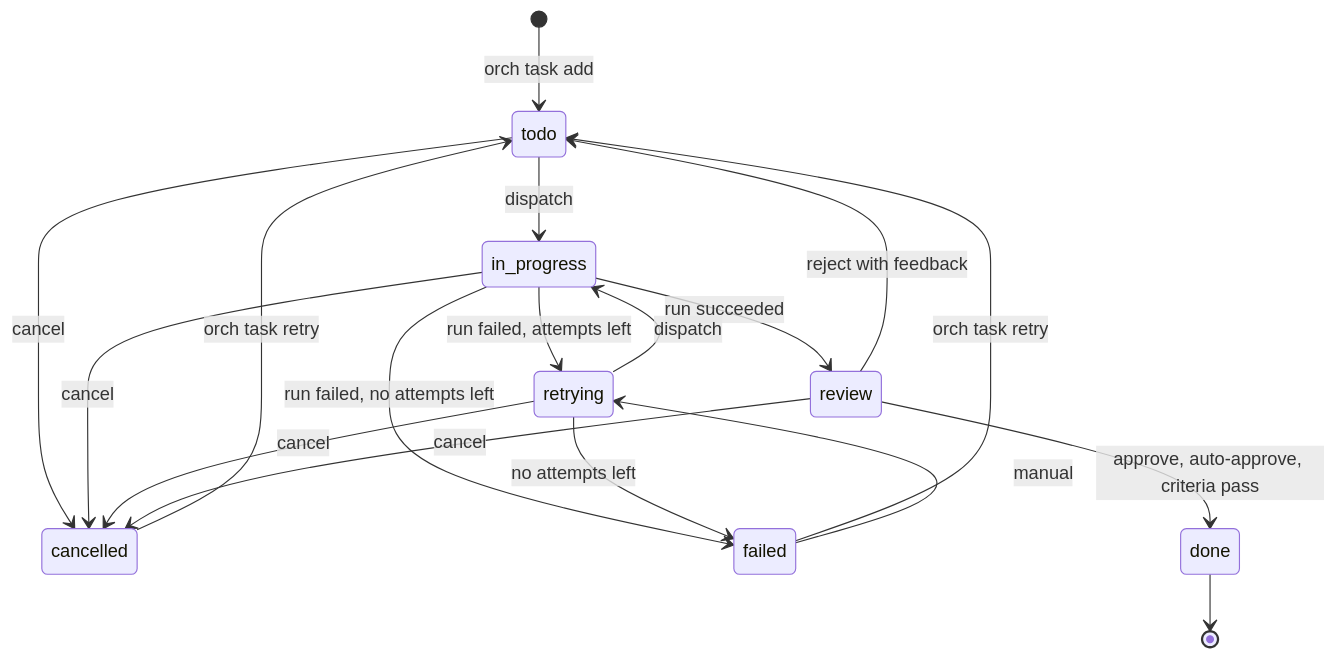
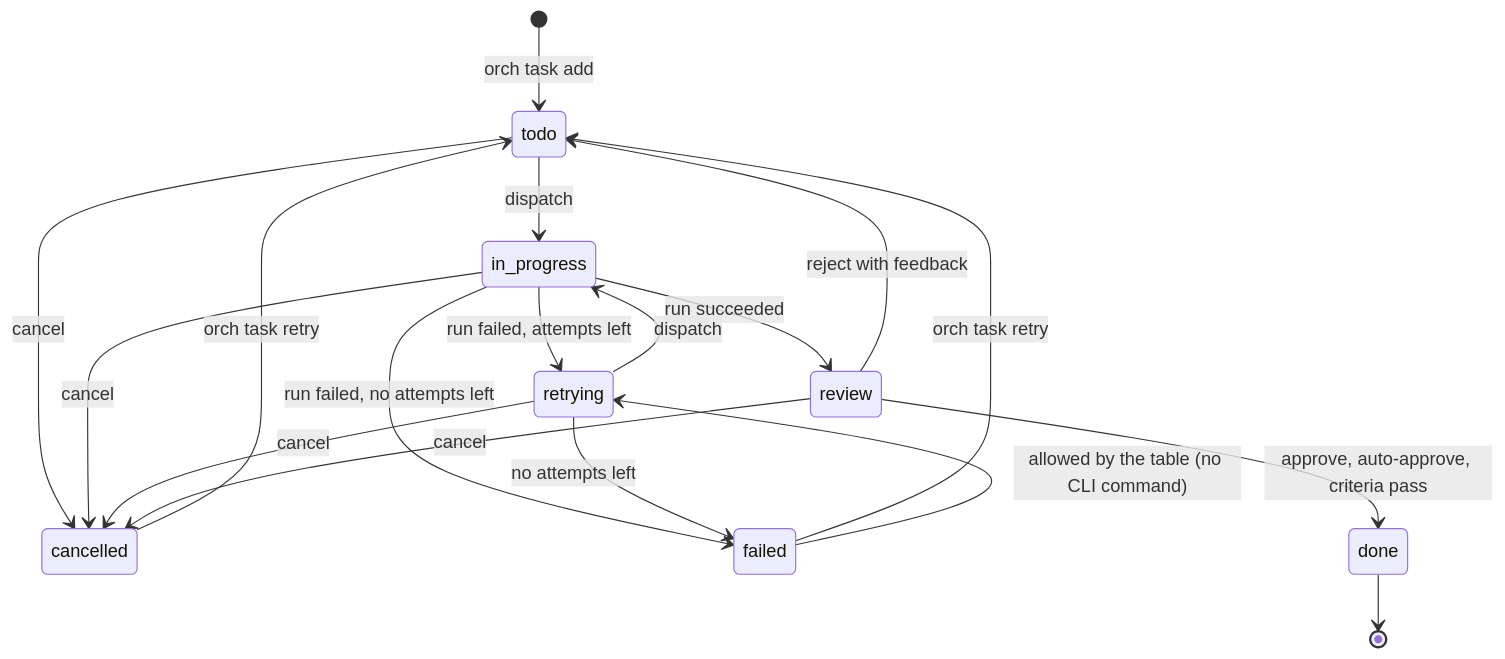
Before and after one commit to yuxhuang/r-orch: the fifth of 11 diagrams in docs/internal/orchestration.md, drawn with Mermaid. The commit also changed other lines of this file and 1 other file, not shown here.

````diff
--- a/docs/internal/orchestration.md
+++ b/docs/internal/orchestration.md
@@ -378,20 +382,20 @@
 ```mermaid
 stateDiagram-v2
     [*] --> todo : orch task add
     todo --> in_progress : dispatch
     todo --> cancelled : cancel
     in_progress --> review : run succeeded
     in_progress --> retrying : run failed, attempts left
     in_progress --> failed : run failed, no attempts left
     in_progress --> cancelled : cancel
     retrying --> in_progress : dispatch
     retrying --> failed : no attempts left
     retrying --> cancelled : cancel
     review --> done : approve, auto-approve, criteria pass
     review --> todo : reject with feedback
     review --> cancelled : cancel
     failed --> todo : orch task retry
-    failed --> retrying : manual
+    failed --> retrying : allowed by the table (no CLI command)
     cancelled --> todo : orch task retry
     done --> [*]
 ```
````
